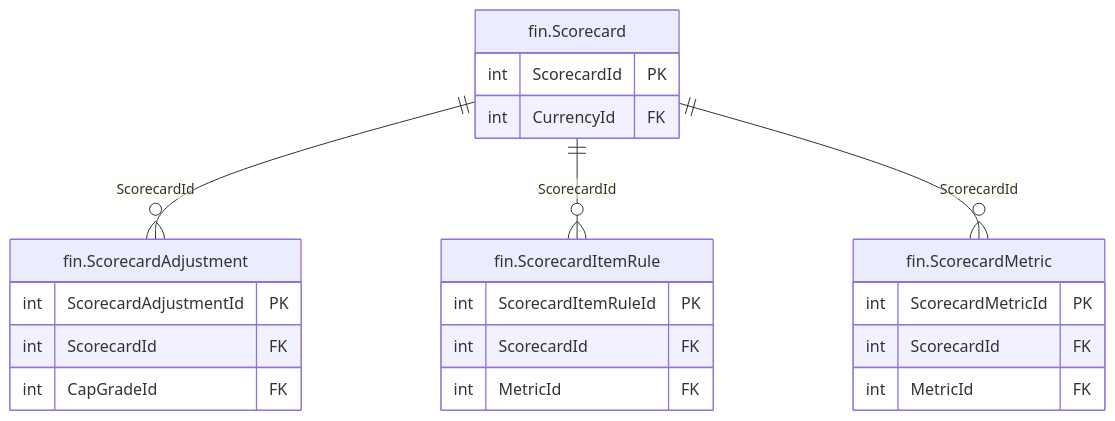
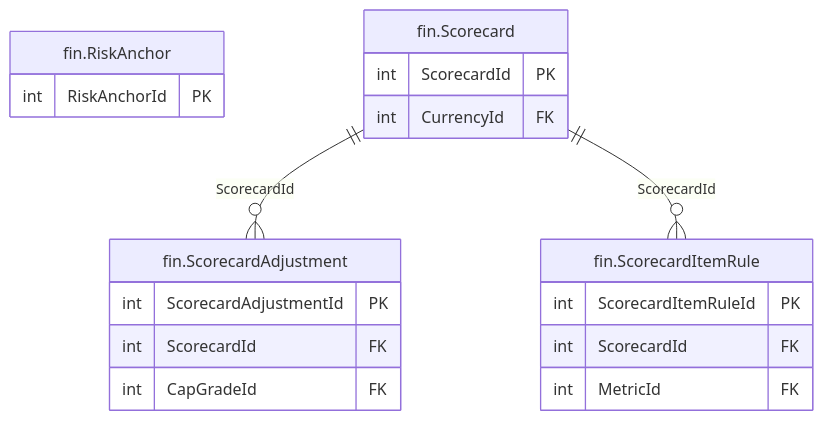
Before and after one commit to thawrasy/smartlines: the diagram in treasury-platform/docs/diagrams/erd/m5_financials_10.mmd, drawn with Mermaid. The commit also changed 194 other files, not shown here.

```diff
--- a/treasury-platform/docs/diagrams/erd/m5_financials_10.mmd
+++ b/treasury-platform/docs/diagrams/erd/m5_financials_10.mmd
@@ -1,24 +1,21 @@
 %% م5 · البيانات المالية والأرصدة (10/13) — Financial statements & balances
 erDiagram
+  fin_RiskAnchor["fin.RiskAnchor"] {
+    int RiskAnchorId PK
+  }
   fin_Scorecard["fin.Scorecard"] {
     int ScorecardId PK
     int CurrencyId FK
   }
   fin_ScorecardAdjustment["fin.ScorecardAdjustment"] {
     int ScorecardAdjustmentId PK
     int ScorecardId FK
     int CapGradeId FK
   }
   fin_ScorecardItemRule["fin.ScorecardItemRule"] {
     int ScorecardItemRuleId PK
     int ScorecardId FK
     int MetricId FK
   }
-  fin_ScorecardMetric["fin.ScorecardMetric"] {
-    int ScorecardMetricId PK
-    int ScorecardId FK
-    int MetricId FK
-  }
   fin_Scorecard ||--o{ fin_ScorecardAdjustment : "ScorecardId"
   fin_Scorecard ||--o{ fin_ScorecardItemRule : "ScorecardId"
-  fin_Scorecard ||--o{ fin_ScorecardMetric : "ScorecardId"
```
